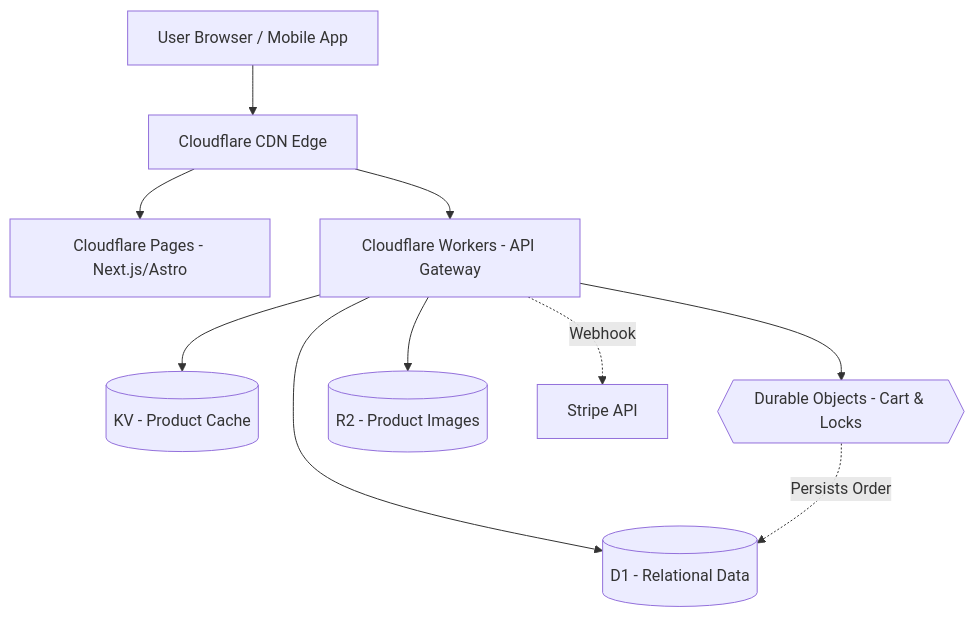
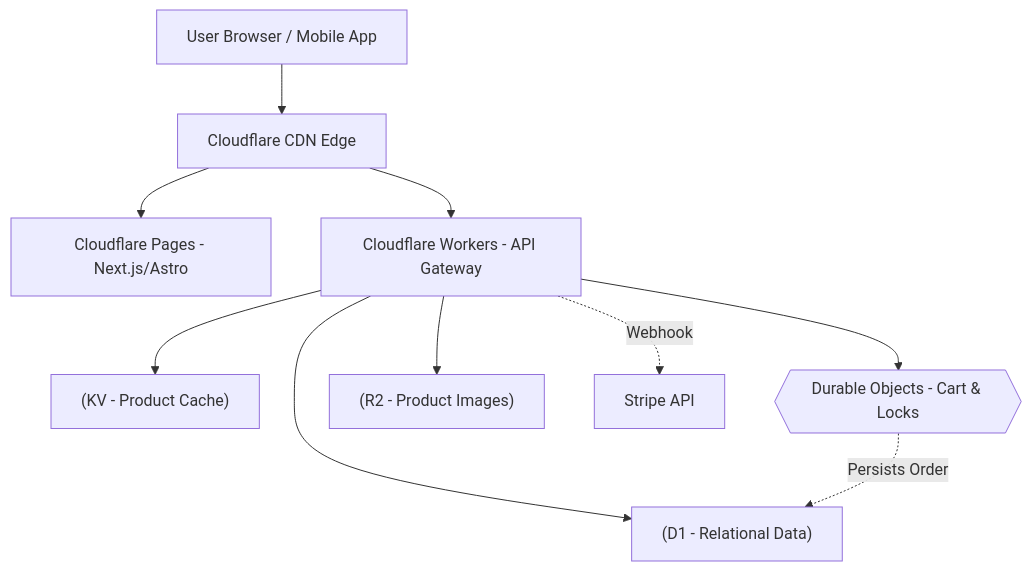
The diagram in content/posts/serverless-ecommerce-cloudflare-d1.md (vesviet/vesviet), drawn with Mermaid before and after one commit. The commit also changed other lines of this file and 331 other files, not shown here.

````diff
--- a/content/posts/serverless-ecommerce-cloudflare-d1.md
+++ b/content/posts/serverless-ecommerce-cloudflare-d1.md
@@ -50,15 +50,15 @@
 ```mermaid
 flowchart TD
-    U[User Browser / Mobile App] --> CF[Cloudflare CDN Edge]
+    U["User Browser / Mobile App"] --> CF["Cloudflare CDN Edge"]
 
-    CF --> P[Cloudflare Pages - Next.js/Astro]
-    CF --> W[Cloudflare Workers - API Gateway]
+    CF --> P["Cloudflare Pages - Next.js/Astro"]
+    CF --> W["Cloudflare Workers - API Gateway"]
 
-    W --> KV[(KV - Product Cache)]
-    W --> D1[(D1 - Relational Data)]
-    W --> DO{{Durable Objects - Cart & Locks}}
-    W --> R2[(R2 - Product Images)]
+    W --> KV["(KV - Product Cache)"]
+    W --> D1["(D1 - Relational Data)"]
+    W --> DO{{"Durable Objects - Cart & Locks"}}
+    W --> R2["(R2 - Product Images)"]
 
-    DO -.->|Persists Order| D1
-    W -.->|Webhook| Stripe[Stripe API]
+    DO -.->|"Persists Order"| D1
+    W -.->|"Webhook"| Stripe["Stripe API"]
 ```
````
